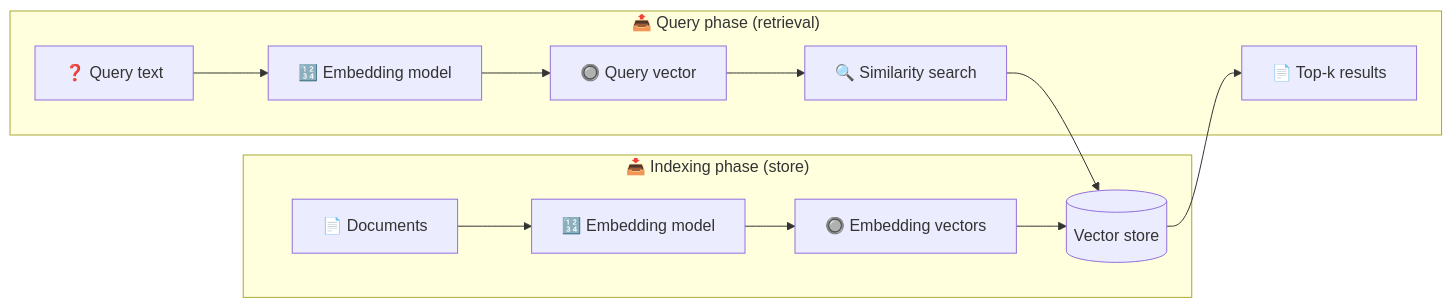
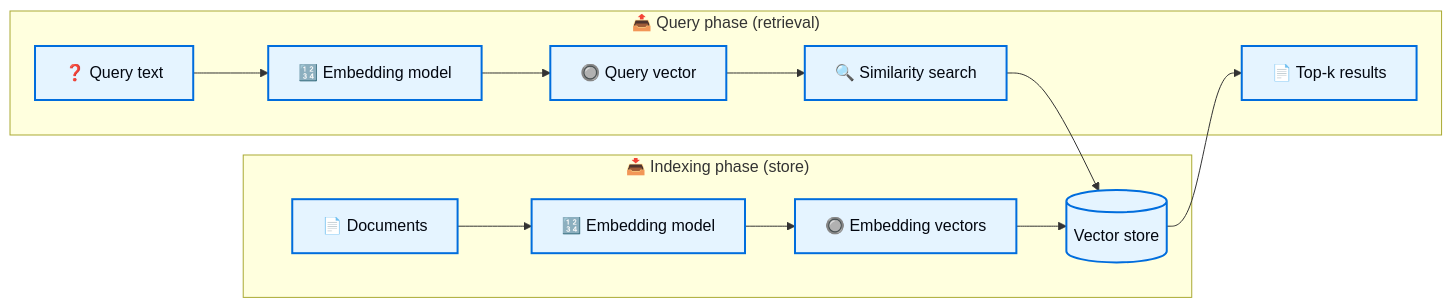
One commit to olorehq/olore changed the diagram in vault/packages/langchain/latest/contents/python/integrations/vectorstores/index.mdx. Above: the diagram before and after it, drawn with Mermaid. The commit also changed other lines of this file and 14210 other files, not shown here.

````diff
--- a/vault/packages/langchain/latest/contents/python/integrations/vectorstores/index.mdx
+++ b/vault/packages/langchain/latest/contents/python/integrations/vectorstores/index.mdx
@@ -9,17 +13,20 @@
 ```mermaid
 flowchart LR
 
     subgraph "📥 Indexing phase (store)"
         A[📄 Documents] --> B[🔢 Embedding model]
         B --> C[🔘 Embedding vectors]
         C --> D[(Vector store)]
     end
 
     subgraph "📤 Query phase (retrieval)"
         E[❓ Query text] --> F[🔢 Embedding model]
         F --> G[🔘 Query vector]
         G --> H[🔍 Similarity search]
         H --> D
         D --> I[📄 Top-k results]
     end
+
+    classDef process fill:#E5F4FF,stroke:#006DDD,stroke-width:2px,color:#030710
+    class A,B,C,D,E,F,G,H,I process
 ```
````
